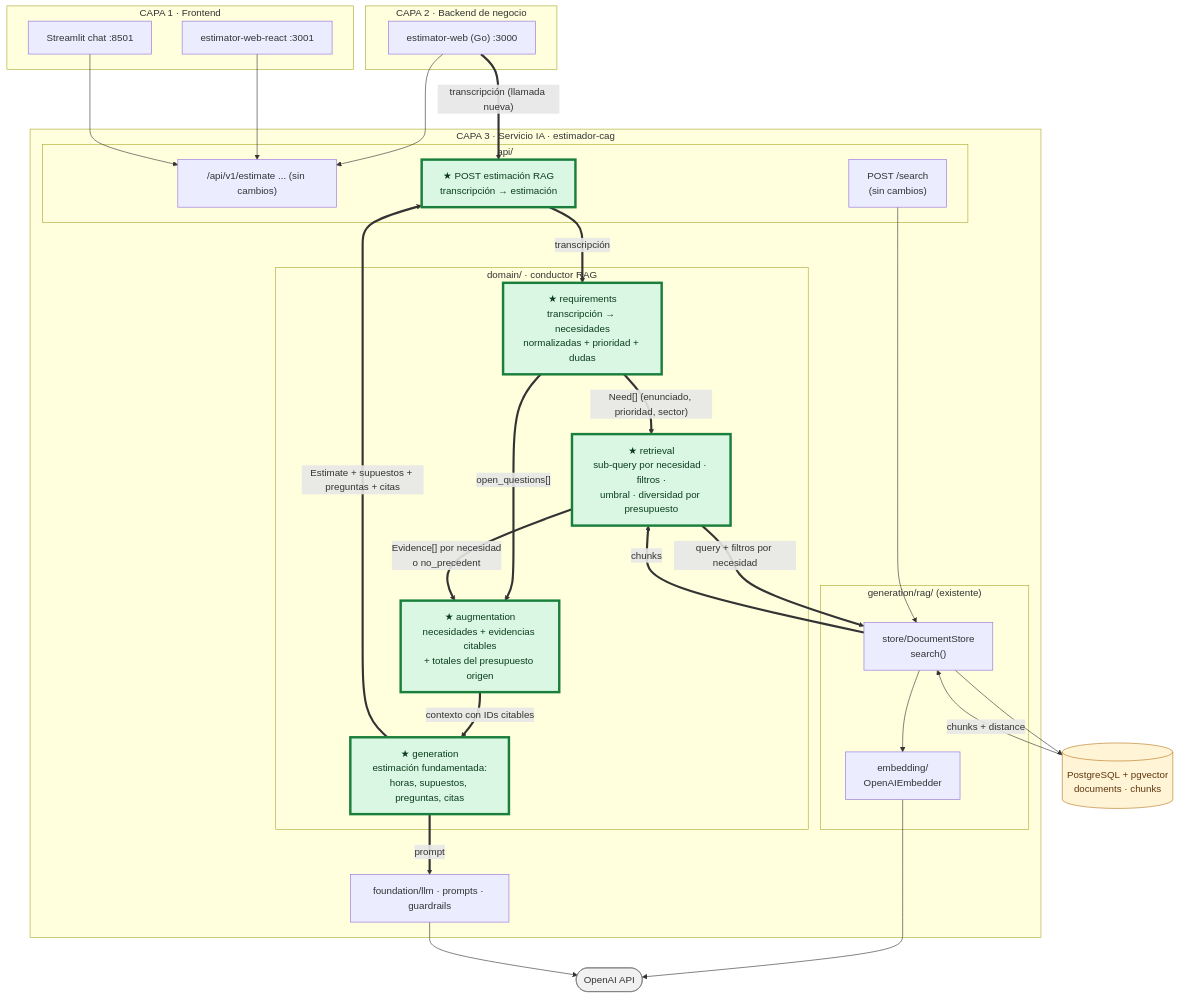
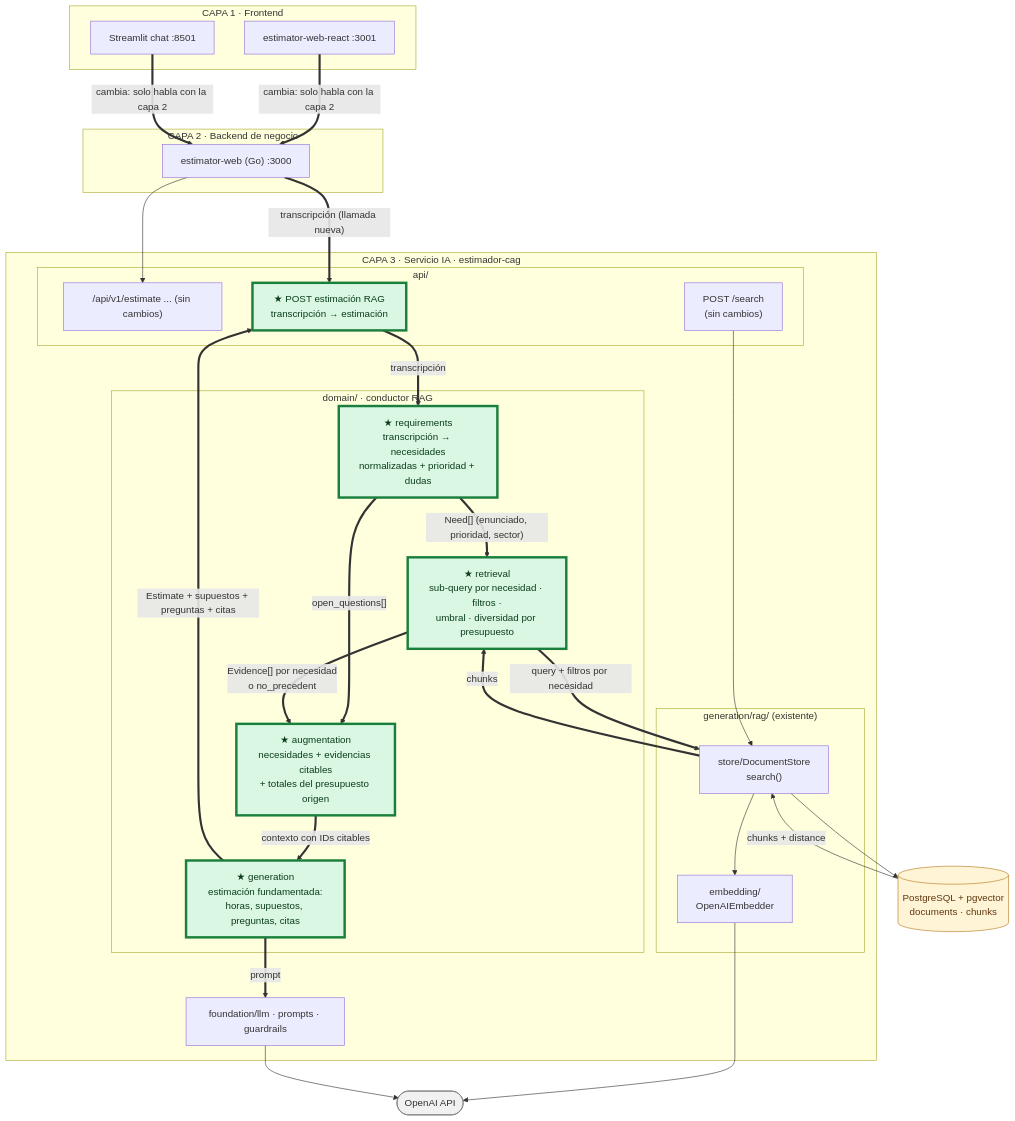
One commit to Duberney02/master-ai-engineering changed the second of 2 diagrams in arquitectura-actual.md. Above: the diagram before and after it, drawn with Mermaid. The commit also changed other lines of this file, not shown here.

First line of the commit message:
docs: la propuesta enruta React y Streamlit por el backend de negocio

````diff
--- a/arquitectura-actual.md
+++ b/arquitectura-actual.md
@@ -386,61 +395,61 @@
 ```mermaid
 flowchart TB
     classDef impl fill:#e8f1fb,stroke:#2b6cb0,color:#1a365d
     classDef store fill:#fff4d6,stroke:#b7791f,color:#5f370e
     classDef ext fill:#f1f1f1,stroke:#777,color:#333
     classDef new fill:#d9f7e3,stroke:#1a7f3c,stroke-width:4px,color:#0b3d1c
 
     subgraph L1["CAPA 1 · Frontend"]
         REACT["estimator-web-react :3001"]
         STREAM["Streamlit chat :8501"]
     end
 
     subgraph L2["CAPA 2 · Backend de negocio"]
         GOWEB["estimator-web (Go) :3000"]
     end
 
     subgraph L3["CAPA 3 · Servicio IA · estimador-cag"]
         subgraph API["api/"]
             R_EST["/api/v1/estimate ... (sin cambios)"]
             R_SRCH["POST /search<br/>(sin cambios)"]
             R_RAG["★ POST estimación RAG<br/>transcripción → estimación"]:::new
         end
 
         subgraph COND["domain/ · conductor RAG"]
             REQ["★ requirements<br/>transcripción → necesidades<br/>normalizadas + prioridad + dudas"]:::new
             RET["★ retrieval<br/>sub-query por necesidad · filtros ·<br/>umbral · diversidad por presupuesto"]:::new
             CTX["★ augmentation<br/>necesidades + evidencias citables<br/>+ totales del presupuesto origen"]:::new
             GEN["★ generation<br/>estimación fundamentada:<br/>horas, supuestos, preguntas, citas"]:::new
         end
 
         subgraph RAGX["generation/rag/ (existente)"]
             EMB["embedding/<br/>OpenAIEmbedder"]
             DS["store/DocumentStore<br/>search()"]
         end
         LLMF["foundation/llm · prompts · guardrails"]
     end
 
     PG[("PostgreSQL + pgvector<br/>documents · chunks")]:::store
     OAI(["OpenAI API"]):::ext
 
+    REACT ==>|"cambia: solo habla con la capa 2"| GOWEB
+    STREAM ==>|"cambia: solo habla con la capa 2"| GOWEB
     GOWEB --> R_EST
-    REACT --> R_EST
-    STREAM --> R_EST
     GOWEB ==>|"transcripción (llamada nueva)"| R_RAG
 
     R_RAG ==>|"transcripción"| REQ
     REQ ==>|"Need[] (enunciado, prioridad, sector)"| RET
     REQ ==>|"open_questions[]"| CTX
     RET ==>|"query + filtros por necesidad"| DS
     DS --> EMB
     EMB --> OAI
     DS --> PG
     PG -->|"chunks + distance"| DS
     DS ==>|"chunks"| RET
     RET ==>|"Evidence[] por necesidad<br/>o no_precedent"| CTX
     CTX ==>|"contexto con IDs citables"| GEN
     GEN ==>|"prompt"| LLMF
     LLMF --> OAI
     GEN ==>|"Estimate + supuestos + preguntas + citas"| R_RAG
     R_SRCH --> DS
 ```
````
